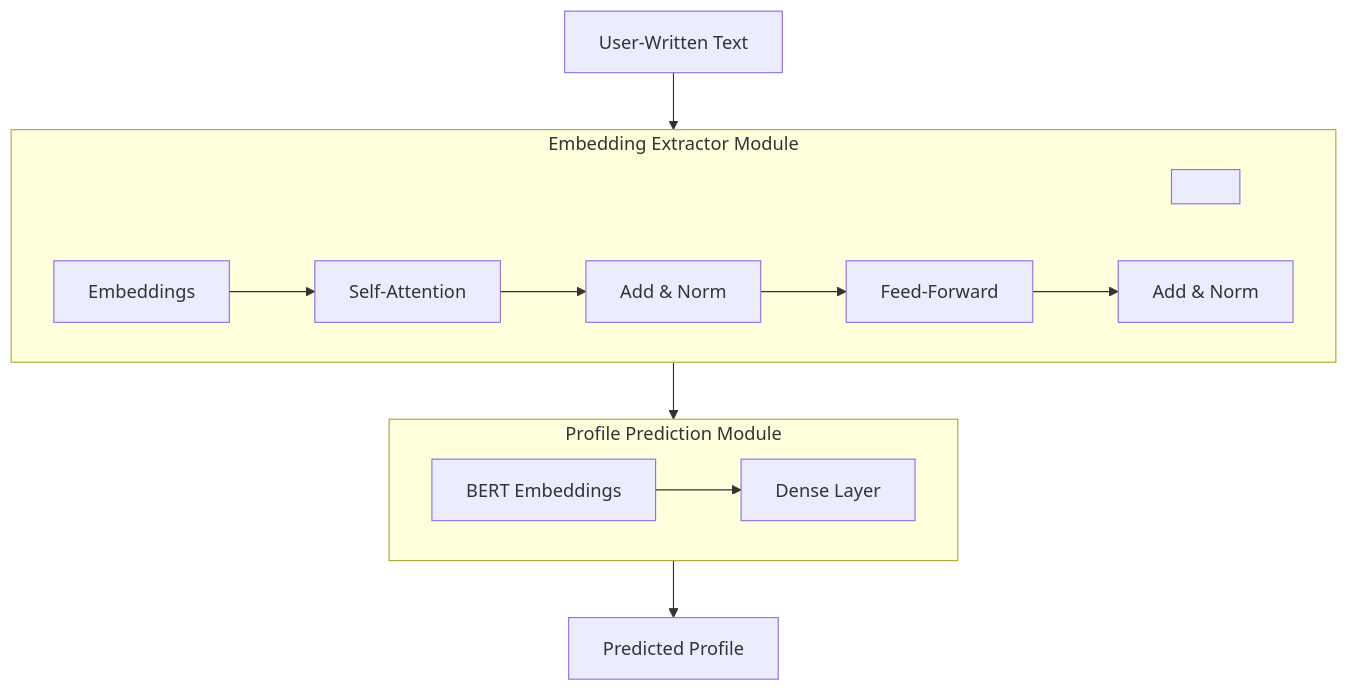
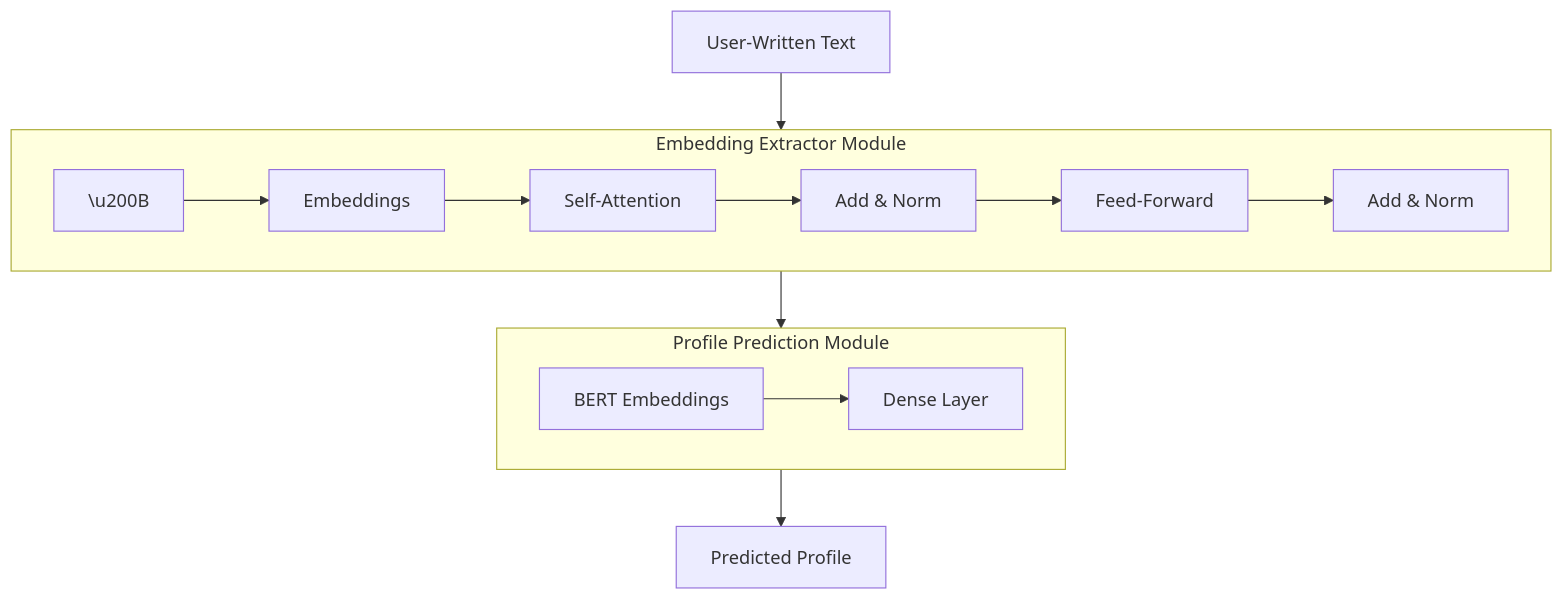
One commit to hansung-prism-lab/sw-industry-collab-2025 changed the diagram in README.md. Above: the diagram before and after it, drawn with Mermaid.

````diff
--- a/README.md
+++ b/README.md
@@ -48,23 +48,22 @@
 ```mermaid
 flowchart TD
     A[User-Written Text] --> EMB
 
      subgraph EMB[Embedding Extractor Module]
      	direction LR
-     	PAD1[ ]:::hidden
-        E[Embeddings] --> SA[Self-Attention] --> AN1[Add & Norm] --> FF[Feed-Forward] -->AN2[Add & Norm]
+        PAD1["\u200B"] --> E[Embeddings] --> SA[Self-Attention] --> AN1[Add & Norm] --> FF[Feed-Forward] -->AN2[Add & Norm]
     end
 
 	
     EMB --> Pred  
     subgraph Pred[Profile Prediction Module]
     	direction LR
     	BE[BERT Embeddings]
     	DL[Dense Layer]
     	
     	BE --> DL
     end
     
     Pred --> OUT[Predicted Profile]
 
 ```
````
